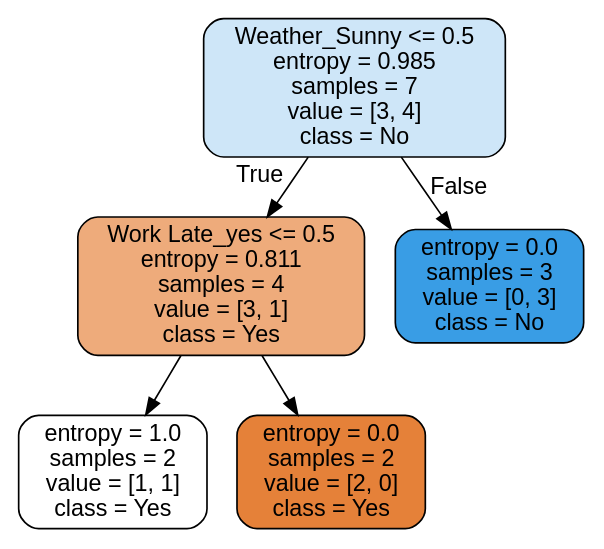
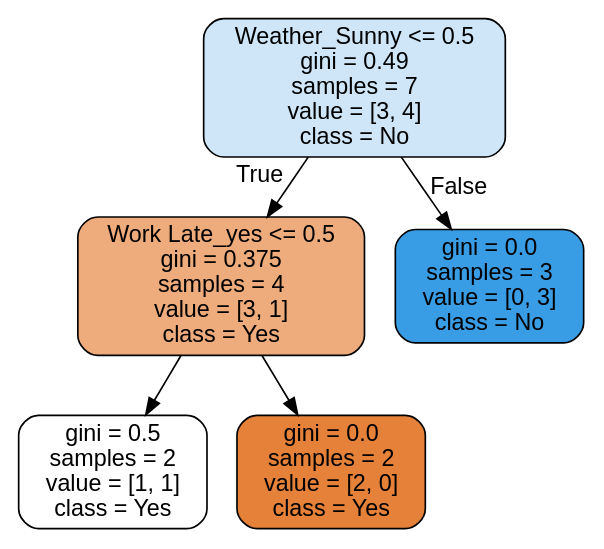
One commit to Kenneth5259/CSC746 changed the diagram in images/decision_trees/exercise_tree.dot. Above: the diagram before and after it, drawn with Graphviz. The commit also changed 20 other files, not shown here.

```diff
--- a/images/decision_trees/exercise_tree.dot
+++ b/images/decision_trees/exercise_tree.dot
@@ -1,13 +1,13 @@
 digraph Tree {
 node [shape=box, style="filled, rounded", color="black", fontname=helvetica] ;
 edge [fontname=helvetica] ;
-0 [label="Weather_Sunny <= 0.5\nentropy = 0.985\nsamples = 7\nvalue = [3, 4]\nclass = No", fillcolor="#cee6f8"] ;
-1 [label="Work Late_yes <= 0.5\nentropy = 0.811\nsamples = 4\nvalue = [3, 1]\nclass = Yes", fillcolor="#eeab7b"] ;
+0 [label="Weather_Sunny <= 0.5\ngini = 0.49\nsamples = 7\nvalue = [3, 4]\nclass = No", fillcolor="#cee6f8"] ;
+1 [label="Work Late_yes <= 0.5\ngini = 0.375\nsamples = 4\nvalue = [3, 1]\nclass = Yes", fillcolor="#eeab7b"] ;
 0 -> 1 [labeldistance=2.5, labelangle=45, headlabel="True"] ;
-2 [label="entropy = 1.0\nsamples = 2\nvalue = [1, 1]\nclass = Yes", fillcolor="#ffffff"] ;
+2 [label="gini = 0.5\nsamples = 2\nvalue = [1, 1]\nclass = Yes", fillcolor="#ffffff"] ;
 1 -> 2 ;
-3 [label="entropy = 0.0\nsamples = 2\nvalue = [2, 0]\nclass = Yes", fillcolor="#e58139"] ;
+3 [label="gini = 0.0\nsamples = 2\nvalue = [2, 0]\nclass = Yes", fillcolor="#e58139"] ;
 1 -> 3 ;
-4 [label="entropy = 0.0\nsamples = 3\nvalue = [0, 3]\nclass = No", fillcolor="#399de5"] ;
+4 [label="gini = 0.0\nsamples = 3\nvalue = [0, 3]\nclass = No", fillcolor="#399de5"] ;
 0 -> 4 [labeldistance=2.5, labelangle=-45, headlabel="False"] ;
 }
```
